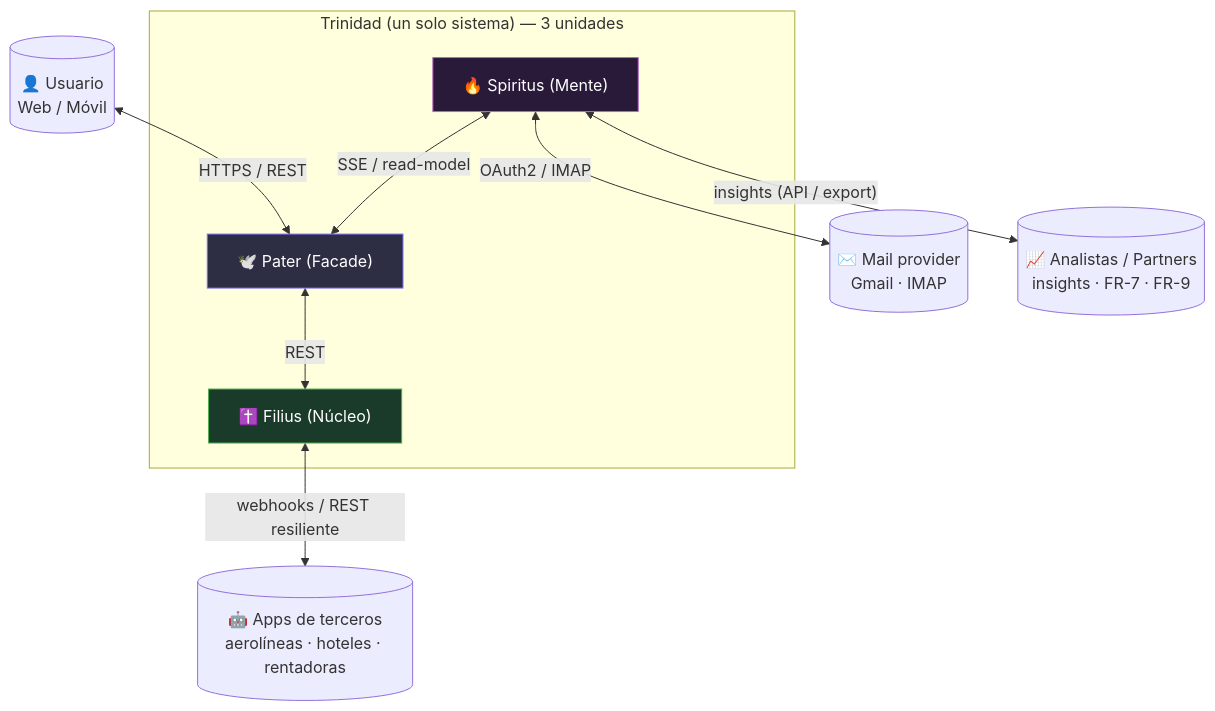
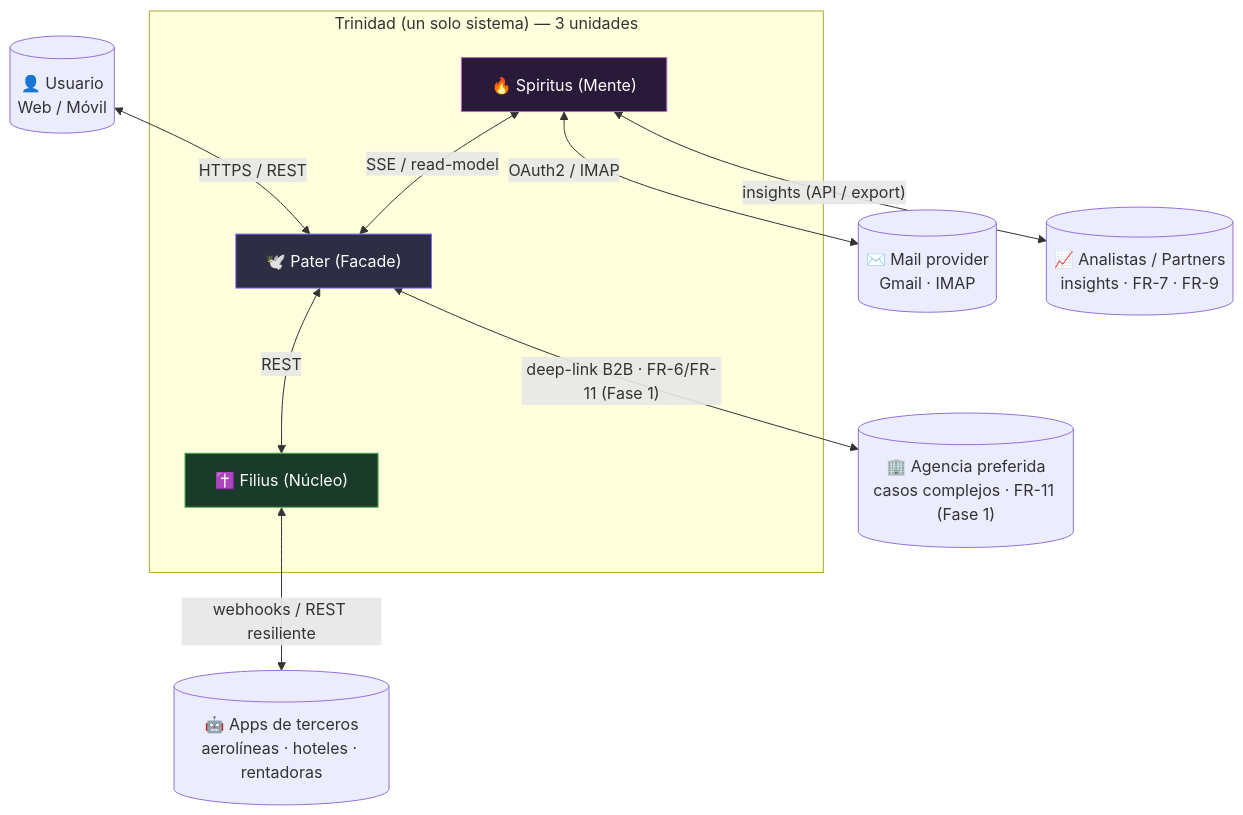
One commit to az-juan/trotamundos changed the second of 2 diagrams in trinity/README.md. Above: the diagram before and after it, drawn with Mermaid. The commit also changed other lines of this file and 28 other files, not shown here.

````diff
--- a/trinity/README.md
+++ b/trinity/README.md
@@ -115,23 +117,25 @@
 ```mermaid
 graph TB
     subgraph "Trinidad (un solo sistema) — 3 unidades"
         P["🕊️ Pater (Facade)"]
         F["✝️ Filius (Núcleo)"]
         S["🔥 Spiritus (Mente)"]
     end
     U[("👤 Usuario<br/>Web / Móvil")]
     A[("🤖 Apps de terceros<br/>aerolíneas · hoteles · rentadoras")]
     M[("✉️ Mail provider<br/>Gmail · IMAP")]
     D[("📈 Analistas / Partners<br/>insights · FR-7 · FR-9")]
+    AG[("🏢 Agencia preferida<br/>casos complejos · FR-11 (Fase 1)")]
 
     U <-->|"HTTPS / REST"| P
     P <-->|"REST"| F
     F <-->|"webhooks / REST resiliente"| A
     S <-->|"OAuth2 / IMAP"| M
     S <-->|"insights (API / export)"| D
+    P <-->|"deep-link B2B · FR-6/FR-11 (Fase 1)"| AG
     S <-->|"SSE / read-model"| P
 
     style P fill:#2d2d44,stroke:#7c6ff7,color:#fff
     style F fill:#1a3a2a,stroke:#4caf50,color:#fff
     style S fill:#2a1a3a,stroke:#ba68c8,color:#fff
 ```
````
